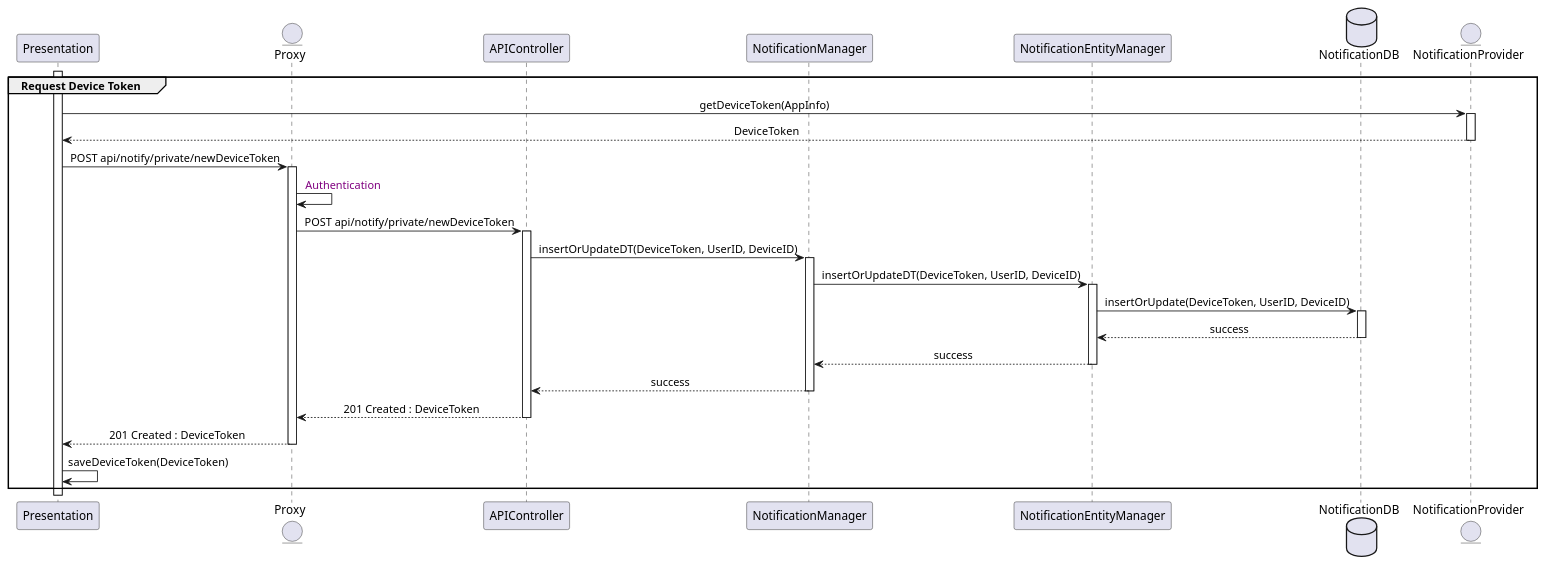
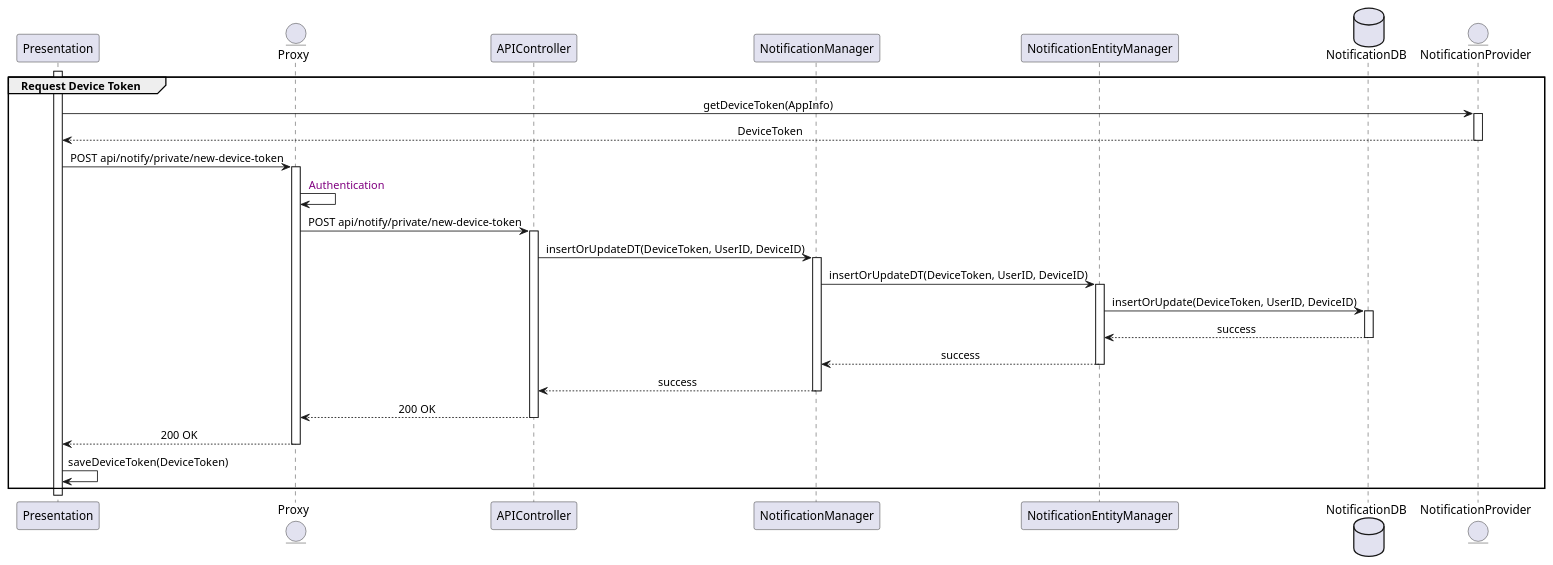
One commit to Slaitroc/RicciPaoliGrisoni changed the diagram in Diagrams/SequenceDiagrams/DD/103RequestDeviceToken.wsd. Above: the diagram before and after it, drawn with PlantUML.

Commit message:
Update sequence diagram for new-device-token API calls and adjust response codes

```diff
--- a/Diagrams/SequenceDiagrams/DD/103RequestDeviceToken.wsd
+++ b/Diagrams/SequenceDiagrams/DD/103RequestDeviceToken.wsd
@@ -1,42 +1,42 @@
 @startuml 
 skinparam sequenceMessageAlign center
 
 participant Presentation
 entity Proxy
 participant APIController
 participant NotificationManager
 participant NotificationEntityManager
 database NotificationDB
 entity NotificationProvider
 
 activate Presentation
 group Request Device Token
 Presentation -> NotificationProvider : getDeviceToken(AppInfo)
 activate NotificationProvider
 NotificationProvider --> Presentation : DeviceToken
 deactivate NotificationProvider
-Presentation -> Proxy : POST api/notify/private/newDeviceToken
+Presentation -> Proxy : POST api/notify/private/new-device-token
 activate Proxy
 Proxy -> Proxy : <color:purple> Authentication
-Proxy -> APIController : POST api/notify/private/newDeviceToken
+Proxy -> APIController : POST api/notify/private/new-device-token
 activate APIController
 APIController -> NotificationManager : insertOrUpdateDT(DeviceToken, UserID, DeviceID)
 activate NotificationManager
 NotificationManager -> NotificationEntityManager : insertOrUpdateDT(DeviceToken, UserID, DeviceID)
 activate NotificationEntityManager
 NotificationEntityManager -> NotificationDB : insertOrUpdate(DeviceToken, UserID, DeviceID)
 activate NotificationDB
 NotificationDB --> NotificationEntityManager : success
 deactivate NotificationDB
 NotificationEntityManager --> NotificationManager : success
 deactivate NotificationEntityManager
 NotificationManager --> APIController : success
 deactivate NotificationManager
-APIController --> Proxy : 201 Created : DeviceToken
+APIController --> Proxy : 200 OK
 deactivate APIController
-Proxy --> Presentation : 201 Created : DeviceToken
+Proxy --> Presentation : 200 OK
 deactivate Proxy
 Presentation -> Presentation : saveDeviceToken(DeviceToken)
 end
 
 @enduml
```
